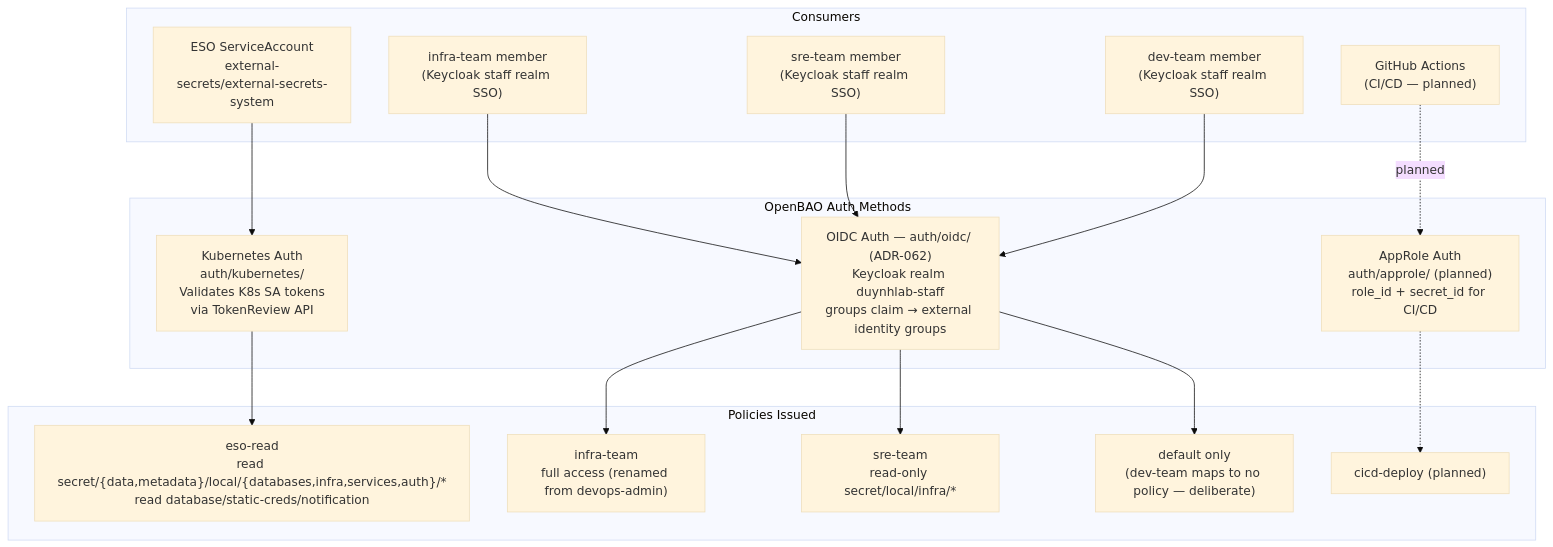
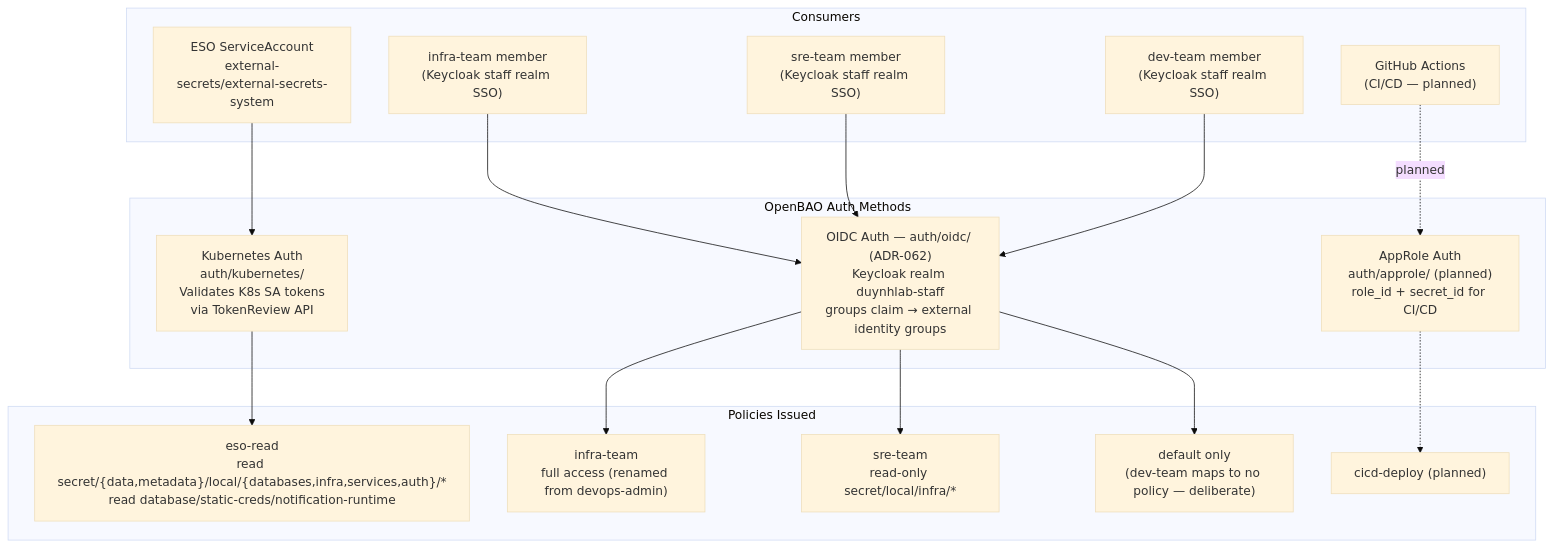
One commit to duynhlab/homelab changed the fifth of 19 diagrams in docs/secrets/openbao.md. Above: the diagram before and after it, drawn with Mermaid (base theme). The commit also changed other lines of this file and 63 other files, not shown here.

````diff
--- a/docs/secrets/openbao.md
+++ b/docs/secrets/openbao.md
@@ -305,30 +305,30 @@
 ```mermaid
 flowchart TD
     subgraph consumers["Consumers"]
         eso_sa["ESO ServiceAccount\nexternal-secrets/external-secrets-system"]
         infra["infra-team member\n(Keycloak staff realm SSO)"]
         sre["sre-team member\n(Keycloak staff realm SSO)"]
         devx["dev-team member\n(Keycloak staff realm SSO)"]
         gha["GitHub Actions\n(CI/CD — planned)"]
     end
 
     subgraph authmethods["OpenBAO Auth Methods"]
         k8sauth["Kubernetes Auth\nauth/kubernetes/\nValidates K8s SA tokens\nvia TokenReview API"]
         oidcauth["OIDC Auth — auth/oidc/ (ADR-062)\nKeycloak realm duynhlab-staff\ngroups claim → external identity groups"]
         approlauth["AppRole Auth\nauth/approle/ (planned)\nrole_id + secret_id for CI/CD"]
     end
 
     subgraph policies["Policies Issued"]
-        p_eso["eso-read\nread secret/{data,metadata}/local/{databases,infra,services,auth}/*\nread database/static-creds/notification"]
+        p_eso["eso-read\nread secret/{data,metadata}/local/{databases,infra,services,auth}/*\nread database/static-creds/notification-runtime"]
         p_infra["infra-team\nfull access (renamed from devops-admin)"]
         p_sre["sre-team\nread-only secret/local/infra/*"]
         p_default["default only\n(dev-team maps to no policy — deliberate)"]
         p_cicd["cicd-deploy (planned)"]
     end
 
     eso_sa --> k8sauth --> p_eso
     infra --> oidcauth --> p_infra
     sre --> oidcauth --> p_sre
     devx --> oidcauth --> p_default
     gha -.->|"planned"| approlauth -.-> p_cicd
 ```
````
